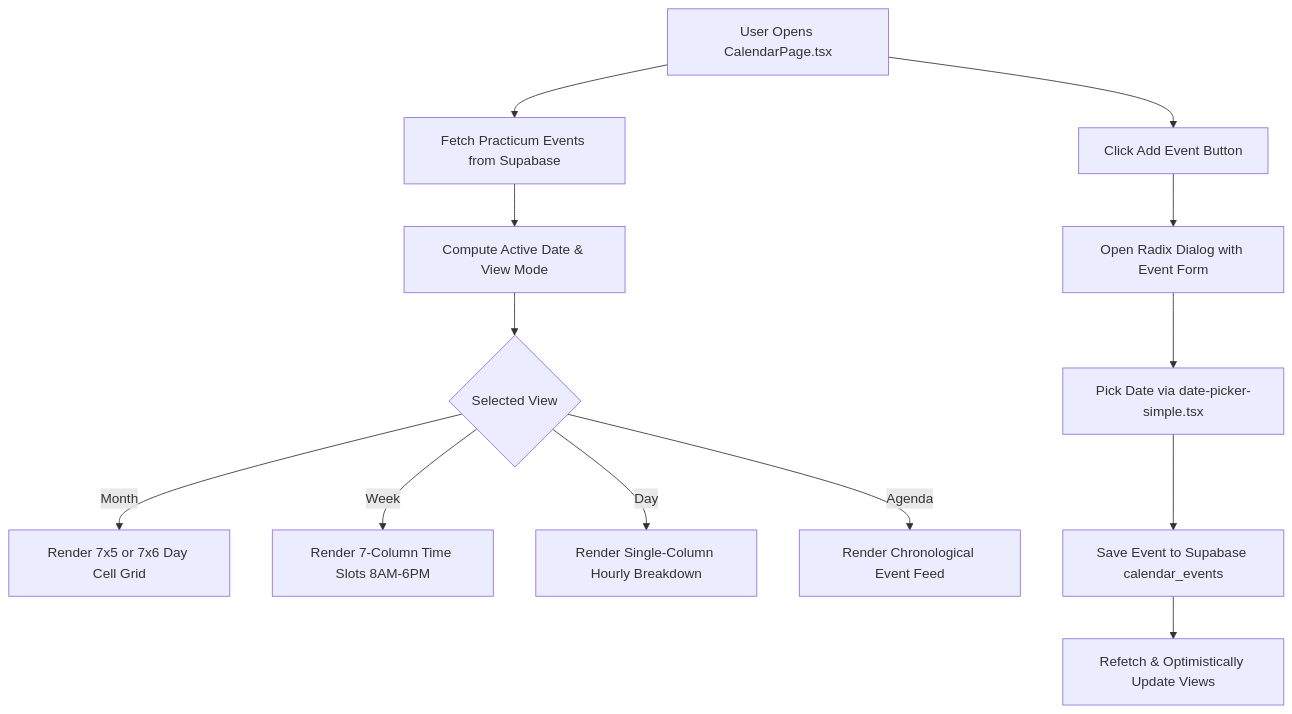
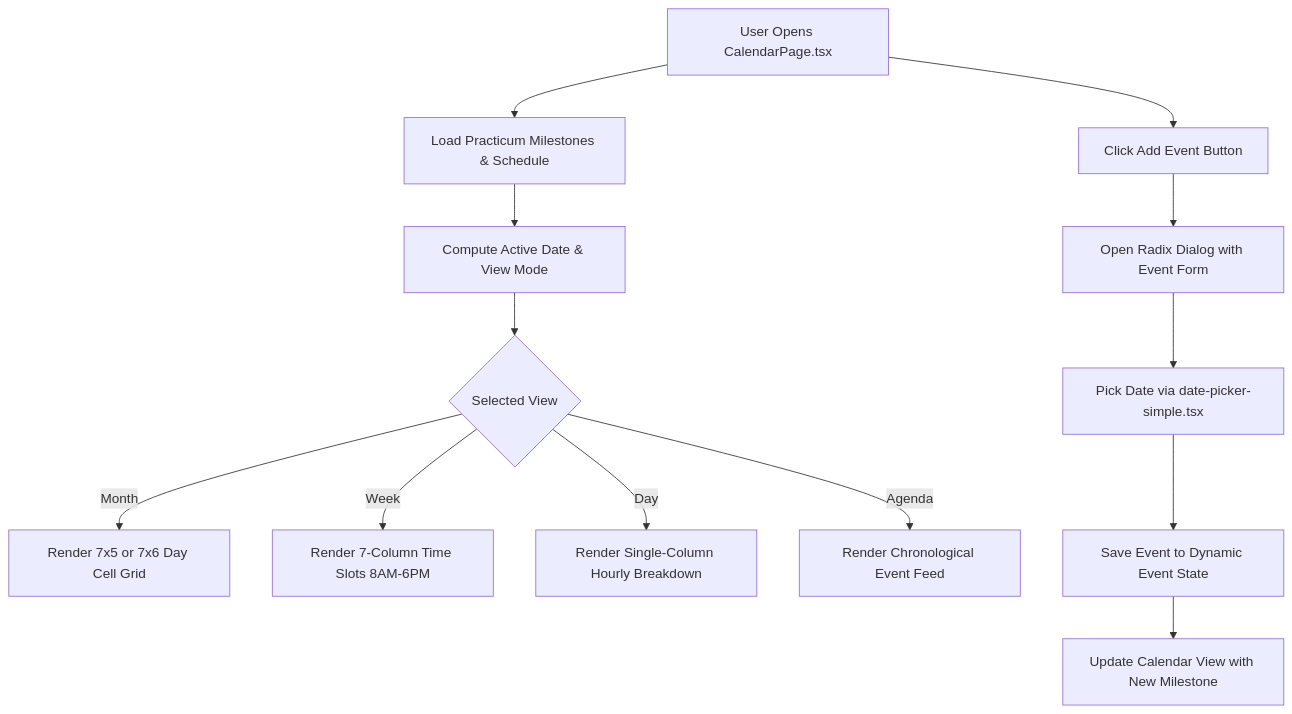
The diagram in docs/features/07_CALENDAR_AND_EVENTS.md (s5condlast-cmd/Capstone-2-Official-CloudHosting), drawn with Mermaid before and after one commit. The commit also changed other lines of this file and 45 other files, not shown here.

````diff
--- a/docs/features/07_CALENDAR_AND_EVENTS.md
+++ b/docs/features/07_CALENDAR_AND_EVENTS.md
@@ -38,15 +21,15 @@
 ```mermaid
 graph TD
-    A[User Opens CalendarPage.tsx] --> B[Fetch Practicum Events from Supabase]
+    A[User Opens CalendarPage.tsx] --> B[Load Practicum Milestones & Schedule]
     B --> C[Compute Active Date & View Mode]
     C --> D{Selected View}
     D -->|Month| E[Render 7x5 or 7x6 Day Cell Grid]
     D -->|Week| F[Render 7-Column Time Slots 8AM-6PM]
     D -->|Day| G[Render Single-Column Hourly Breakdown]
     D -->|Agenda| H[Render Chronological Event Feed]
     A --> I[Click Add Event Button]
     I --> J[Open Radix Dialog with Event Form]
     J --> K[Pick Date via date-picker-simple.tsx]
-    K --> L[Save Event to Supabase calendar_events]
-    L --> M[Refetch & Optimistically Update Views]
+    K --> L[Save Event to Dynamic Event State]
+    L --> M[Update Calendar View with New Milestone]
 ```
````
